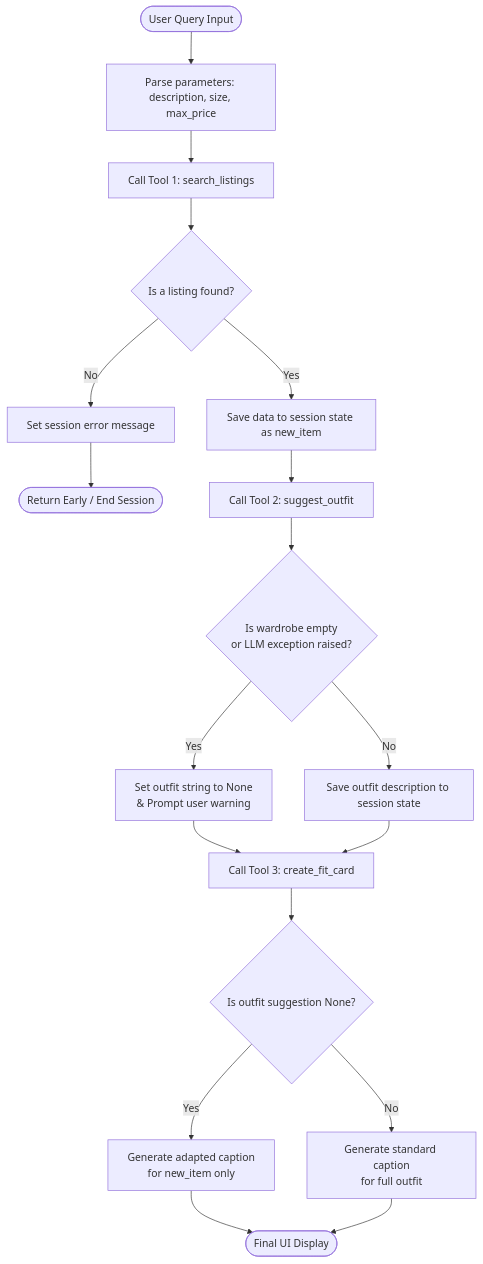
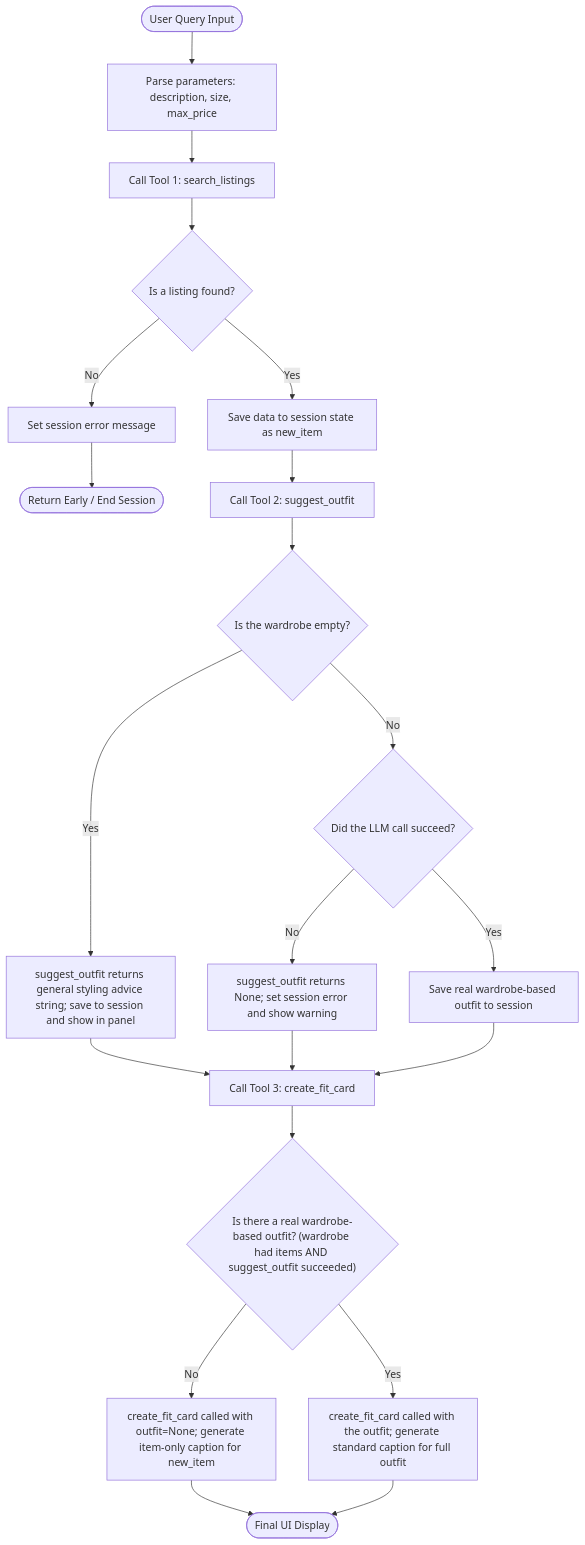
One commit to EmiEscu/ai201-project2-fitfindr-starter changed the diagram in planning.md. Above: the diagram before and after it, drawn with Mermaid. The commit also changed other lines of this file, not shown here.

Commit message:
D: Updated planning.md logic for tool 2. Now when wardrobe is empty we return general styling advice and prompt the user to fill up wardrobe file. Change the logic so that the agent decides wheter or not to pass an outfit to create_fit_card tool. If wardrobe is empty or LLM issues arrived  than outfit is set to none and the fit card caption is item-only. Otherwise the caption fit card generates will continue to use the outfit plus the new item.

````diff
--- a/planning.md
+++ b/planning.md
@@ -209,25 +209,27 @@
 ```mermaid
 flowchart TD
     %% Query Phase
     Start([User Query Input]) --> Parse[Parse parameters: description, size, max_price]
     Parse --> T1[Call Tool 1: search_listings]
     
     %% Decision 1: Search Results
     T1 --> Dec1{Is a listing found?}
     
     Dec1 -- No --> Err1[Set session error message] --> EndEarly([Return Early / End Session])
     
     Dec1 -- Yes --> SaveT1[Save data to session state as new_item] --> T2[Call Tool 2: suggest_outfit]
     
     %% Decision 2: Outfit Generation
-    T2 --> Dec2{Is wardrobe empty\nor LLM exception raised?}
+    T2 --> Dec2{Is the wardrobe empty?}
     
-    Dec2 -- Yes --> FailT2[Set outfit string to None\n& Prompt user warning] --> T3[Call Tool 3: create_fit_card]
-    Dec2 -- No --> SaveT2[Save outfit description to session state] --> T3
+    Dec2 -- Yes --> Advice["suggest_outfit returns general styling advice string; save to session and show in panel"] --> T3[Call Tool 3: create_fit_card]
+    Dec2 -- No --> Dec2b{Did the LLM call succeed?}
+    Dec2b -- No --> FailT2["suggest_outfit returns None; set session error and show warning"] --> T3
+    Dec2b -- Yes --> SaveT2[Save real wardrobe-based outfit to session] --> T3
     
     %% Decision 3: Fit Card Customization
-    T3 --> Dec3{Is outfit suggestion None?}
+    T3 --> Dec3{"Is there a real wardrobe-based outfit? (wardrobe had items AND suggest_outfit succeeded)"}
     
-    Dec3 -- Yes --> Capt1[Generate adapted caption\nfor new_item only] --> UI([Final UI Display])
-    Dec3 -- No --> Capt2[Generate standard caption\nfor full outfit] --> UI
+    Dec3 -- No --> Capt1["create_fit_card called with outfit=None; generate item-only caption for new_item"] --> UI([Final UI Display])
+    Dec3 -- Yes --> Capt2["create_fit_card called with the outfit; generate standard caption for full outfit"] --> UI
 ```
````
